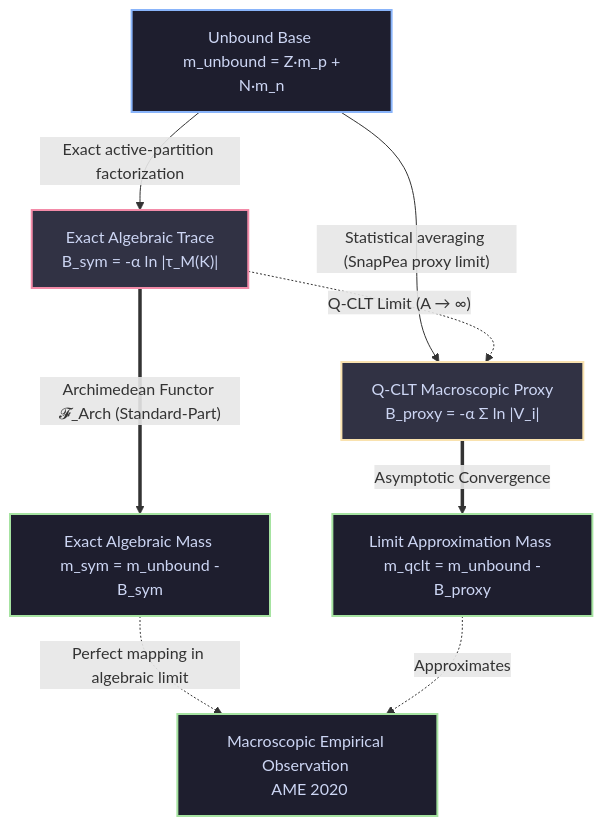
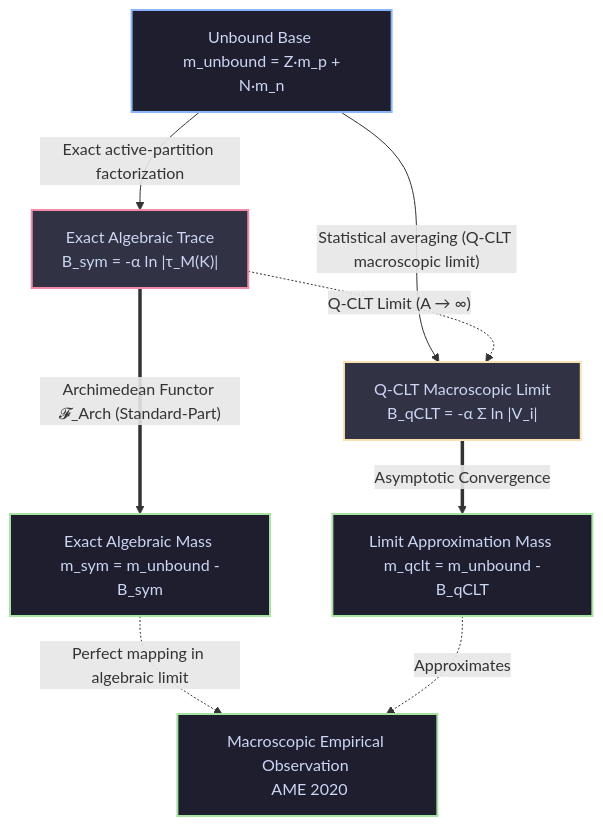
One commit to litlfred/qou changed the diagram in content/quantum-observable-universe/appendix-surreals-archimedean/standard-part-functor.md. Above: the diagram before and after it, drawn with Mermaid. The commit also changed other lines of this file and 48 other files, not shown here.

Commit message:
chore: rename B_proxy to B_qCLT for terminological accuracy

````diff
--- a/content/quantum-observable-universe/appendix-surreals-archimedean/standard-part-functor.md
+++ b/content/quantum-observable-universe/appendix-surreals-archimedean/standard-part-functor.md
@@ -108,27 +108,27 @@
 ```mermaid
 flowchart TD
     classDef base fill:#1e1e2e,stroke:#89b4fa,stroke-width:2px,color:#cdd6f4
     classDef trace fill:#313244,stroke:#f38ba8,stroke-width:2px,color:#cdd6f4
     classDef proxy fill:#313244,stroke:#f9e2af,stroke-width:2px,color:#cdd6f4
     classDef physical fill:#1e1e2e,stroke:#a6e3a1,stroke-width:2px,color:#cdd6f4
 
     M_unb["Unbound Base \n m_unbound = Z·m_p + N·m_n"]:::base
     
     B_sym["Exact Algebraic Trace \n B_sym = -α ln |τ_M(K)|"]:::trace
-    B_proxy["Q-CLT Macroscopic Proxy \n B_proxy = -α Σ ln |V_i|"]:::proxy
+    B_qCLT["Q-CLT Macroscopic Limit \n B_qCLT = -α Σ ln |V_i|"]:::proxy
     
     M_sym["Exact Algebraic Mass \n m_sym = m_unbound - B_sym"]:::physical
-    M_qclt["Limit Approximation Mass \n m_qclt = m_unbound - B_proxy"]:::physical
+    M_qclt["Limit Approximation Mass \n m_qclt = m_unbound - B_qCLT"]:::physical
     M_obs["Macroscopic Empirical Observation \n AME 2020"]:::physical
 
     M_unb -->|"Exact active-partition factorization"| B_sym
-    M_unb -->|"Statistical averaging (SnapPea proxy limit)"| B_proxy
+    M_unb -->|"Statistical averaging (Q-CLT macroscopic limit)"| B_qCLT
     
-    B_sym -.->|"Q-CLT Limit (A → ∞)"| B_proxy
+    B_sym -.->|"Q-CLT Limit (A → ∞)"| B_qCLT
     
     B_sym == "Archimedean Functor 𝓕_Arch (Standard-Part)" ==> M_sym
-    B_proxy == "Asymptotic Convergence" ==> M_qclt
+    B_qCLT == "Asymptotic Convergence" ==> M_qclt
     
     M_sym -.->|"Perfect mapping in algebraic limit"| M_obs
     M_qclt -.->|"Approximates"| M_obs
 ```
````
